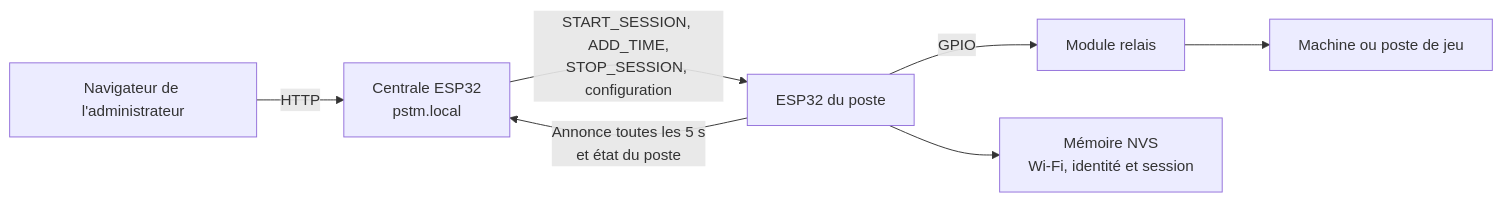
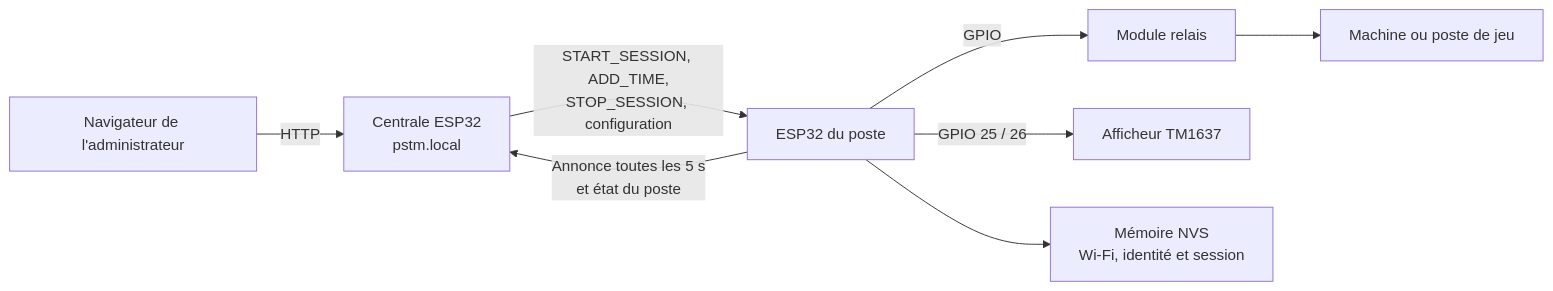
The first of 2 diagrams in poste-esp32/README.md (abdelazizmezri/esp32-monnayeur-central-gameroom), drawn with Mermaid before and after one commit. The commit also changed other lines of this file and 19 other files, not shown here.

````diff
--- a/poste-esp32/README.md
+++ b/poste-esp32/README.md
@@ -41,9 +43,10 @@
 ```mermaid
 flowchart LR
     Admin["Navigateur de l'administrateur"] -->|HTTP| Central["Centrale ESP32<br>pstm.local"]
     Central -->|"START_SESSION, ADD_TIME,<br>STOP_SESSION, configuration"| Poste["ESP32 du poste"]
     Poste -->|"Annonce toutes les 5 s<br>et état du poste"| Central
     Poste -->|GPIO| Relay["Module relais"]
+    Poste -->|"GPIO 25 / 26"| Display["Afficheur TM1637"]
     Relay --> Machine["Machine ou poste de jeu"]
     Poste --> NVS["Mémoire NVS<br>Wi-Fi, identité et session"]
 ```
````
